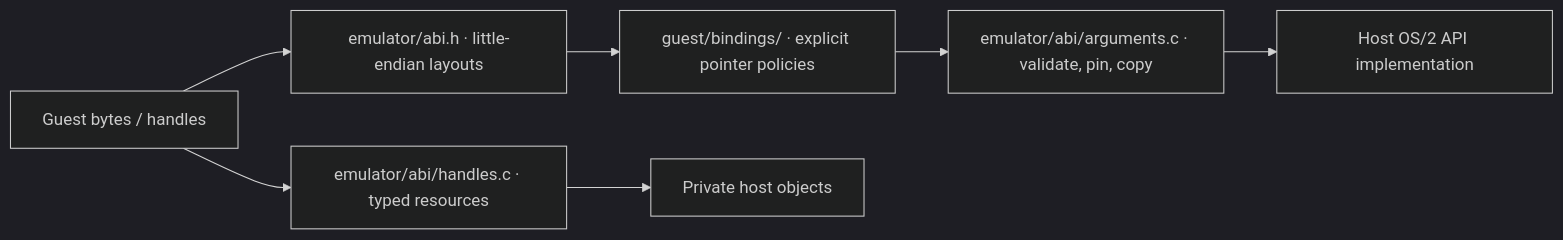
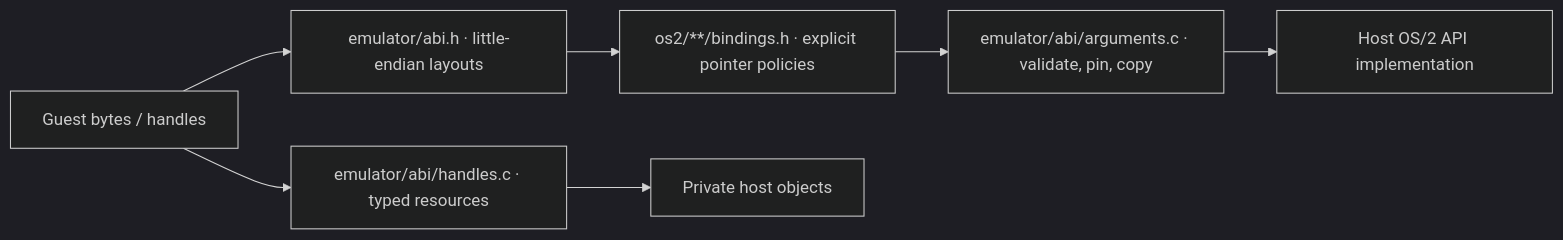
The diagram in docs/guest-abi.md (bitwisecook/2ine), drawn with Mermaid (dark theme) before and after one commit. The commit also changed other lines of this file and 801 other files, not shown here.

````diff
--- a/docs/guest-abi.md
+++ b/docs/guest-abi.md
@@ -7,8 +7,8 @@
 ```mermaid
 flowchart LR
     Guest["Guest bytes / handles"] --> Wire["emulator/abi.h · little-endian layouts"]
-    Wire --> Bind["guest/bindings/ · explicit pointer policies"]
+    Wire --> Bind["os2/**/bindings.h · explicit pointer policies"]
     Bind --> Args["emulator/abi/arguments.c · validate, pin, copy"]
     Args --> API["Host OS/2 API implementation"]
     Guest --> IDs["emulator/abi/handles.c · typed resources"] --> Private["Private host objects"]
 ```
````
